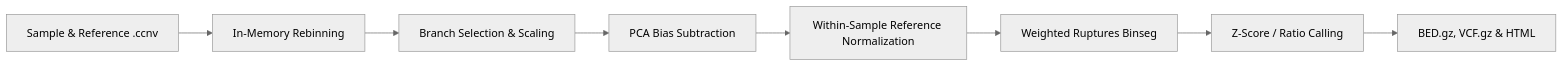
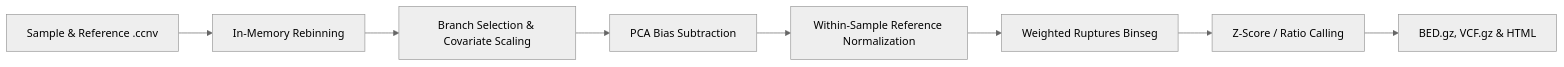
The third of 3 diagrams in docs/cli.md (matthdsm/ccnv), drawn with Mermaid (neutral theme) before and after one commit. The commit also changed other lines of this file and 23 other files, not shown here.

````diff
--- a/docs/cli.md
+++ b/docs/cli.md
@@ -126,10 +132,10 @@
 ```mermaid
 flowchart LR
     A["Sample & Reference .ccnv"] --> B["In-Memory Rebinning"]
-    B --> C["Branch Selection & Scaling"]
+    B --> C["Branch Selection & Covariate Scaling"]
     C --> D["PCA Bias Subtraction"]
     D --> E["Within-Sample Reference Normalization"]
     E --> F["Weighted Ruptures Binseg"]
     F --> G["Z-Score / Ratio Calling"]
     G --> H["BED.gz, VCF.gz & HTML"]
 ```
````
